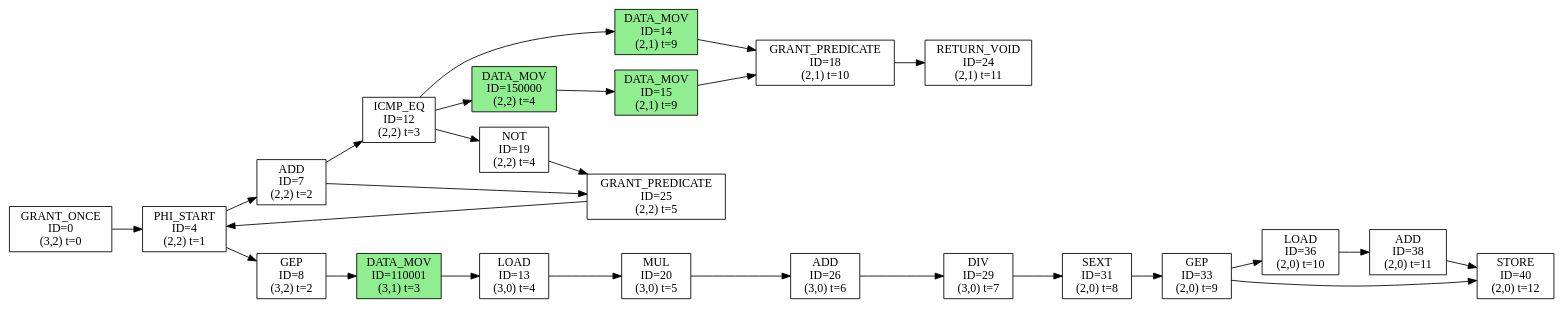
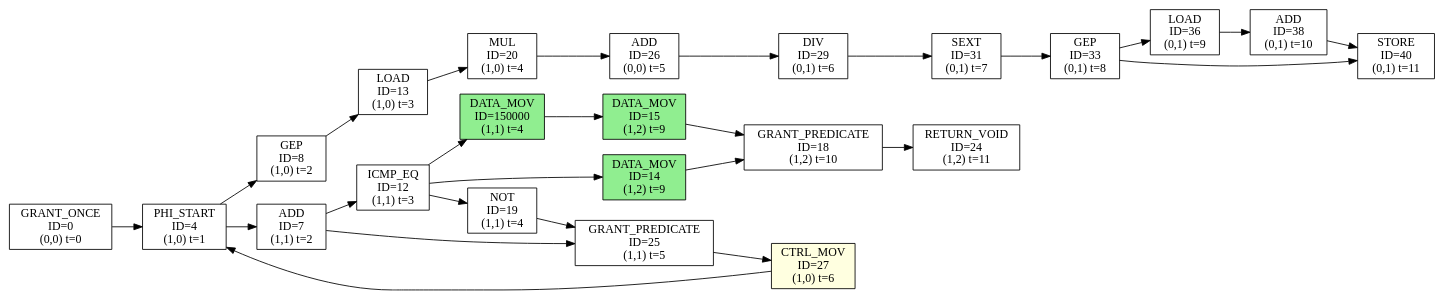
The diagram in kernel/histogram/tmp-generated-dfg.dot (sarchlab/Zeonica_Testbench), drawn with Graphviz before and after one commit. The commit also changed 7 other files, not shown here.

```diff
--- a/kernel/histogram/tmp-generated-dfg.dot
+++ b/kernel/histogram/tmp-generated-dfg.dot
@@ -1,51 +1,51 @@
 digraph DFG {
   rankdir=LR;
   node [shape=box, style=filled];
-  n0 [label="GRANT_ONCE\nID=0\n(3,2) t=0", fillcolor=white];
-  n4 [label="PHI_START\nID=4\n(2,2) t=1", fillcolor=white];
-  n7 [label="ADD\nID=7\n(2,2) t=2", fillcolor=white];
-  n8 [label="GEP\nID=8\n(3,2) t=2", fillcolor=white];
-  n12 [label="ICMP_EQ\nID=12\n(2,2) t=3", fillcolor=white];
-  n13 [label="LOAD\nID=13\n(3,0) t=4", fillcolor=white];
-  n14 [label="DATA_MOV\nID=14\n(2,1) t=9", fillcolor=lightgreen];
-  n15 [label="DATA_MOV\nID=15\n(2,1) t=9", fillcolor=lightgreen];
-  n18 [label="GRANT_PREDICATE\nID=18\n(2,1) t=10", fillcolor=white];
-  n19 [label="NOT\nID=19\n(2,2) t=4", fillcolor=white];
-  n20 [label="MUL\nID=20\n(3,0) t=5", fillcolor=white];
-  n24 [label="RETURN_VOID\nID=24\n(2,1) t=11", fillcolor=white];
-  n25 [label="GRANT_PREDICATE\nID=25\n(2,2) t=5", fillcolor=white];
-  n26 [label="ADD\nID=26\n(3,0) t=6", fillcolor=white];
-  n29 [label="DIV\nID=29\n(3,0) t=7", fillcolor=white];
-  n31 [label="SEXT\nID=31\n(2,0) t=8", fillcolor=white];
-  n33 [label="GEP\nID=33\n(2,0) t=9", fillcolor=white];
-  n36 [label="LOAD\nID=36\n(2,0) t=10", fillcolor=white];
-  n38 [label="ADD\nID=38\n(2,0) t=11", fillcolor=white];
-  n40 [label="STORE\nID=40\n(2,0) t=12", fillcolor=white];
-  n110001 [label="DATA_MOV\nID=110001\n(3,1) t=3", fillcolor=lightgreen];
-  n150000 [label="DATA_MOV\nID=150000\n(2,2) t=4", fillcolor=lightgreen];
+  n0 [label="GRANT_ONCE\nID=0\n(0,0) t=0", fillcolor=white];
+  n4 [label="PHI_START\nID=4\n(1,0) t=1", fillcolor=white];
+  n7 [label="ADD\nID=7\n(1,1) t=2", fillcolor=white];
+  n8 [label="GEP\nID=8\n(1,0) t=2", fillcolor=white];
+  n12 [label="ICMP_EQ\nID=12\n(1,1) t=3", fillcolor=white];
+  n13 [label="LOAD\nID=13\n(1,0) t=3", fillcolor=white];
+  n14 [label="DATA_MOV\nID=14\n(1,2) t=9", fillcolor=lightgreen];
+  n15 [label="DATA_MOV\nID=15\n(1,2) t=9", fillcolor=lightgreen];
+  n18 [label="GRANT_PREDICATE\nID=18\n(1,2) t=10", fillcolor=white];
+  n19 [label="NOT\nID=19\n(1,1) t=4", fillcolor=white];
+  n20 [label="MUL\nID=20\n(1,0) t=4", fillcolor=white];
+  n24 [label="RETURN_VOID\nID=24\n(1,2) t=11", fillcolor=white];
+  n25 [label="GRANT_PREDICATE\nID=25\n(1,1) t=5", fillcolor=white];
+  n26 [label="ADD\nID=26\n(0,0) t=5", fillcolor=white];
+  n27 [label="CTRL_MOV\nID=27\n(1,0) t=6", fillcolor=lightyellow];
+  n29 [label="DIV\nID=29\n(0,1) t=6", fillcolor=white];
+  n31 [label="SEXT\nID=31\n(0,1) t=7", fillcolor=white];
+  n33 [label="GEP\nID=33\n(0,1) t=8", fillcolor=white];
+  n36 [label="LOAD\nID=36\n(0,1) t=9", fillcolor=white];
+  n38 [label="ADD\nID=38\n(0,1) t=10", fillcolor=white];
+  n40 [label="STORE\nID=40\n(0,1) t=11", fillcolor=white];
+  n150000 [label="DATA_MOV\nID=150000\n(1,1) t=4", fillcolor=lightgreen];
+  n27 -> n4;
+  n25 -> n27;
   n12 -> n14;
   n14 -> n18;
-  n8 -> n110001;
   n12 -> n150000;
   n150000 -> n15;
   n15 -> n18;
   n36 -> n38;
-  n29 -> n31;
   n31 -> n33;
   n0 -> n4;
   n12 -> n19;
   n33 -> n40;
   n4 -> n7;
   n33 -> n36;
   n4 -> n8;
   n7 -> n25;
   n19 -> n25;
   n38 -> n40;
   n7 -> n12;
   n20 -> n26;
-  n110001 -> n13;
+  n8 -> n13;
   n13 -> n20;
+  n29 -> n31;
   n18 -> n24;
-  n25 -> n4;
   n26 -> n29;
 }
```
